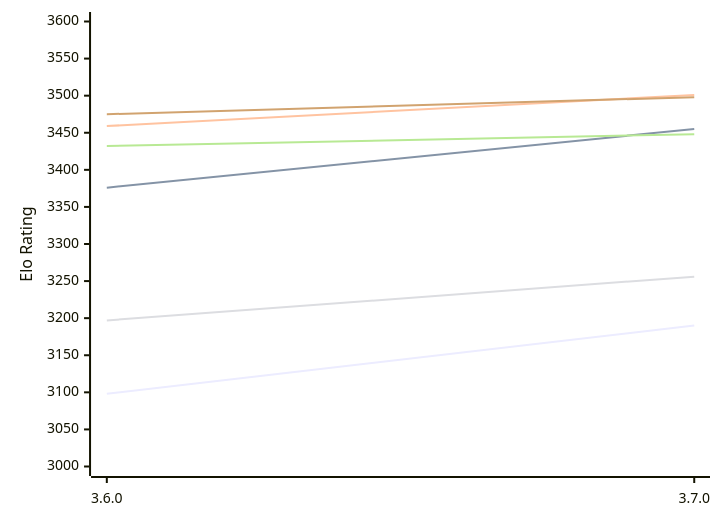
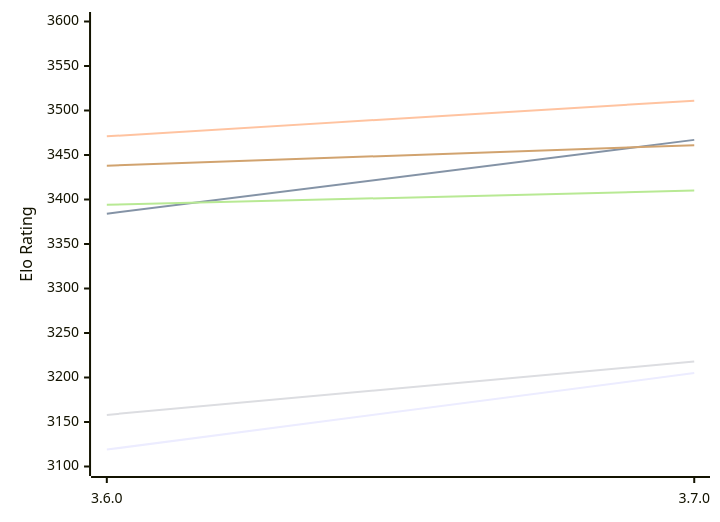
One commit to computer-chess-index/cci changed the diagram in engines/Simplechess.md. Above: the diagram before and after it, drawn with Mermaid. The commit also changed other lines of this file, not shown here.

Commit message:
Update CCI Ratings (ELO VLTC) - 2026-11-14

````diff
--- a/engines/Simplechess.md
+++ b/engines/Simplechess.md
@@ -49,12 +49,12 @@
 ```mermaid
 %%{init: {"theme":"base","themeVariables":{"seriesColors:['#a3a3a3','#222221','#faa371']}}}%%
 xychart-beta
   x-axis ["3.6.0", "3.7.0"]
-  y-axis "Elo Rating" 3000 --> 3600
-  line "E1: STC (8.0+0.08s)" [3098, 3190]
-  line "E1: LTC (60.0+0.60s)" [3376, 3455]
-  line "E1: VLTC (2m24s+1.12s)" [3459, 3501]
-  line "P1: STC (8.0+0.08s)" [3197, 3256]
-  line "P1: LTC (60.0+0.60s)" [3432, 3448]
-  line "P1: VLTC (2m24s+1.12s)" [3475, 3498]
+  y-axis "Elo Rating" 3100 --> 3600
+  line "E1: STC (8.0+0.08s)" [3119, 3205]
+  line "E1: LTC (60.0+0.60s)" [3384, 3467]
+  line "E1: VLTC (2m24s+1.12s)" [3471, 3511]
+  line "P1: STC (8.0+0.08s)" [3158, 3218]
+  line "P1: LTC (60.0+0.60s)" [3394, 3410]
+  line "P1: VLTC (2m24s+1.12s)" [3438, 3461]
 ```
````
